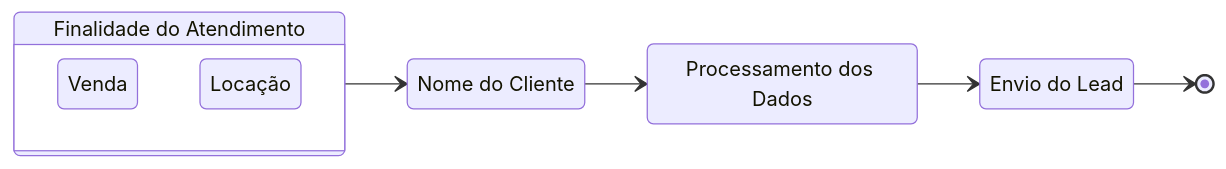
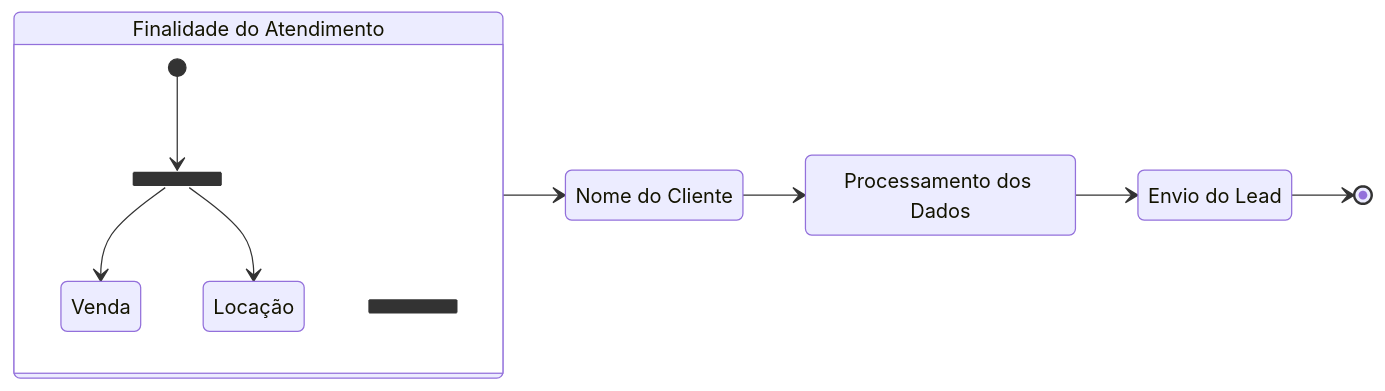
Before and after one commit to pepeleascov/cmsouza: the diagram in readme.md, drawn with Mermaid.

````diff
--- a/readme.md
+++ b/readme.md
@@ -122,18 +122,22 @@
 ```mermaid
 stateDiagram
     1: Finalidade do Atendimento
     v: Venda
     l: Locação
     2: Nome do Cliente
     3: Processamento dos Dados
     4: Envio do Lead
     direction LR
+    
     state 1 {
-        v
-        l
+    state fork_state <<fork>>
+        [*] --> fork_state
+        fork_state --> v
+        fork_state --> l
+    state join_state <<join>>
     }
     1 --> 2
     2 --> 3
     3 --> 4
     4 --> [*]
 ```
````
